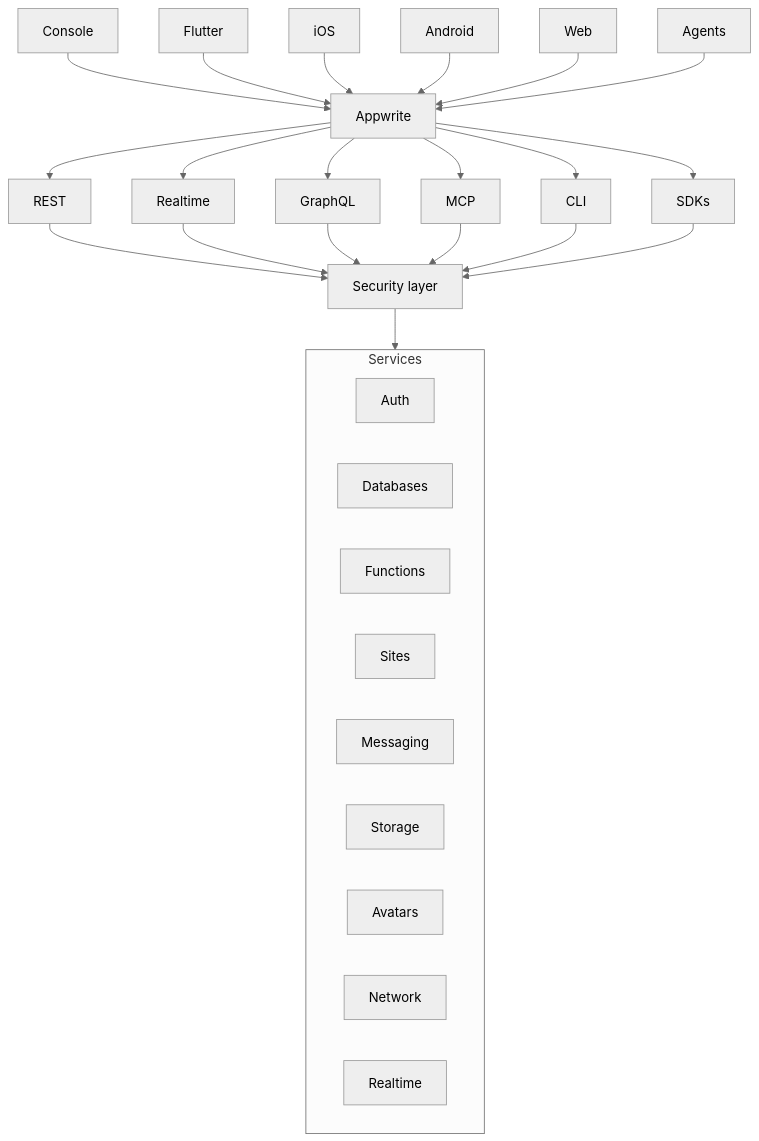
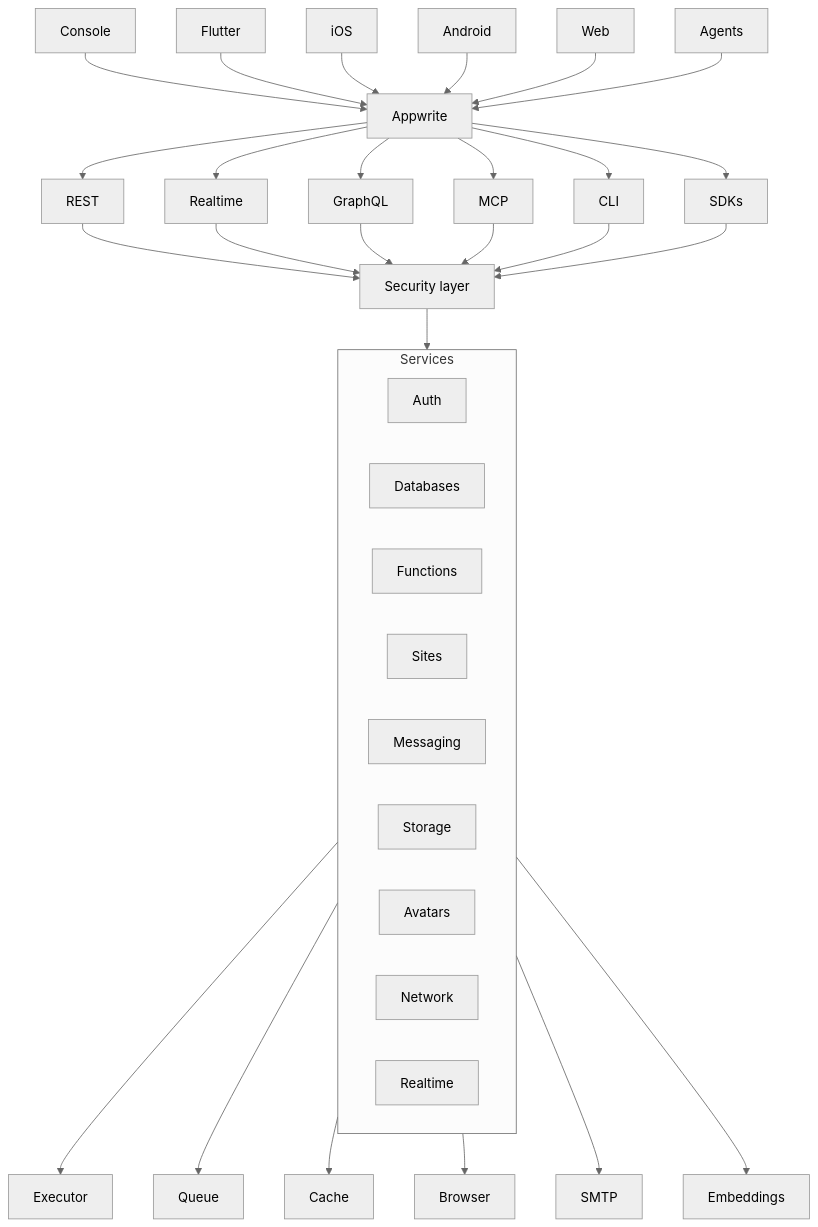
The diagram in README-CN.md (appwrite/appwrite), drawn with Mermaid (neutral theme) before and after one commit. The commit also changed 1 other file, not shown here.

Commit message:
docs: add Executor, Queue, Cache, Browser, SMTP, Embeddings row

````diff
--- a/README-CN.md
+++ b/README-CN.md
@@ -215,18 +215,19 @@
 ```mermaid
 flowchart TB
   Console & Flutter & iOS & Android & Web & Agents --> Appwrite
   Appwrite --> REST & Realtime & GraphQL & MCP & CLI & SDKs
   REST & Realtime & GraphQL & MCP & CLI & SDKs --> securityLayer[Security layer]
   securityLayer --> services
   subgraph services [Services]
     Auth
     Databases
     Functions
     Sites
     Messaging
     Storage
     Avatars
     Network
     productRealtime[Realtime]
   end
+  services --> Executor & Queue & Cache & Browser & SMTP & Embeddings
 ```
````
